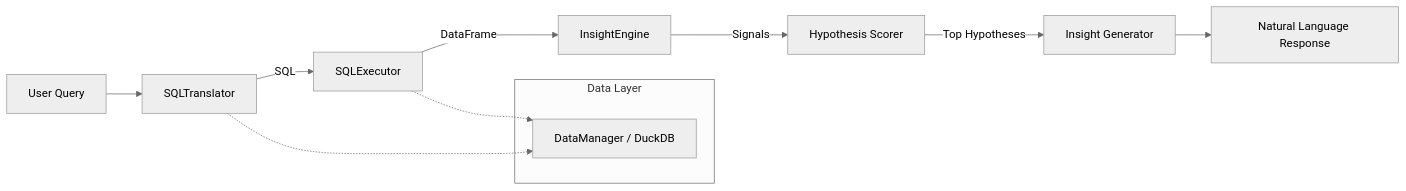
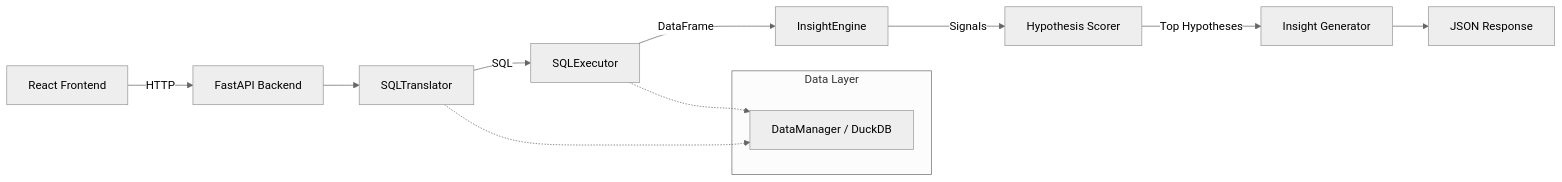
The diagram in README.md (SiL3nTL00p/shinchan.ai), drawn with Mermaid (neutral theme) before and after one commit. The commit also changed other lines of this file and 3412 other files, not shown here.

````diff
--- a/README.md
+++ b/README.md
@@ -21,15 +22,16 @@
 ```mermaid
 graph LR
-    A[User Query] --> B[SQLTranslator]
-    B -->|SQL| C[SQLExecutor]
-    C -->|DataFrame| D[InsightEngine]
-    D -->|Signals| E[Hypothesis Scorer]
-    E -->|Top Hypotheses| F[Insight Generator]
-    F --> G[Natural Language Response]
+    A[React Frontend] -->|HTTP| B[FastAPI Backend]
+    B --> C[SQLTranslator]
+    C -->|SQL| D[SQLExecutor]
+    D -->|DataFrame| E[InsightEngine]
+    E -->|Signals| F[Hypothesis Scorer]
+    F -->|Top Hypotheses| G[Insight Generator]
+    G --> H[JSON Response]
 
     subgraph "Data Layer"
-        H[DataManager / DuckDB]
+        I[DataManager / DuckDB]
     end
-    C -.-> H
-    B -.-> H
+    D -.-> I
+    C -.-> I
 ```
````
